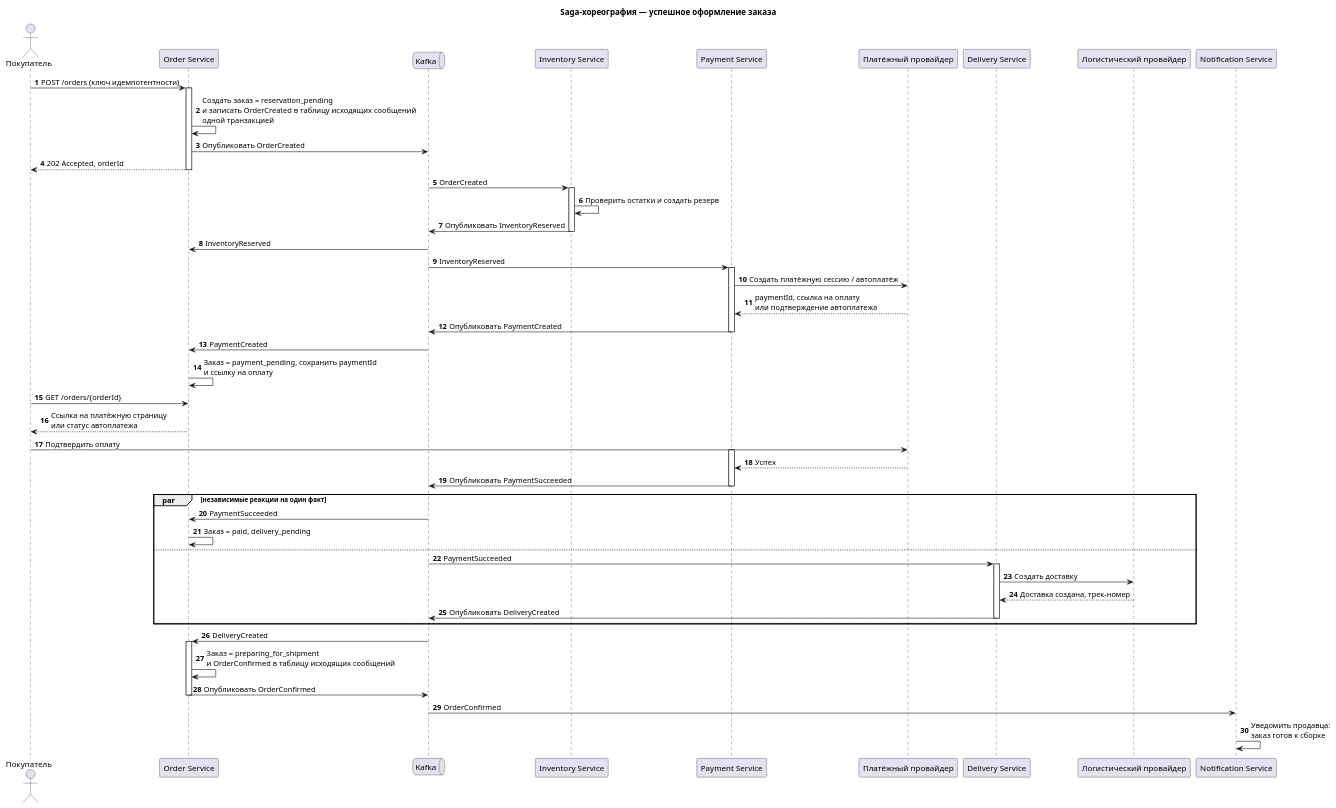
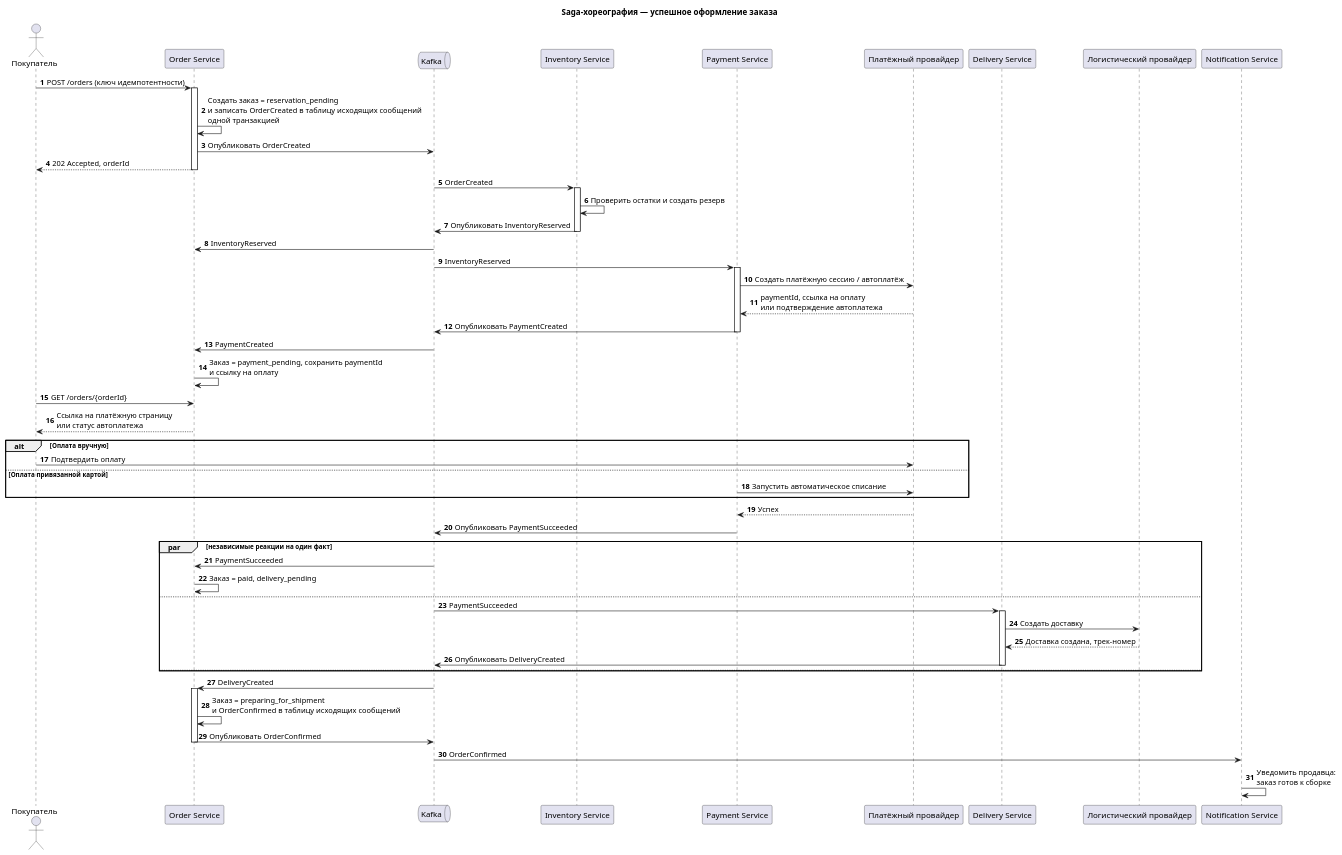
The diagram in Task1/saga-success.puml (FFinn/MSA-3-NovaMarket-v1), drawn with PlantUML before and after one commit.

Commit message:
Polish Task1/saga-success.puml: clarify flow and terminology

```diff
--- a/Task1/saga-success.puml
+++ b/Task1/saga-success.puml
@@ -1,61 +1,65 @@
 @startuml
 title Saga-хореография — успешное оформление заказа
 autonumber
 actor "Покупатель" as B
 participant "Order Service" as O
 queue Kafka as K
 participant "Inventory Service" as I
 participant "Payment Service" as P
 participant "Платёжный провайдер" as PP
 participant "Delivery Service" as D
 participant "Логистический провайдер" as LP
 participant "Notification Service" as N
 
 B -> O: POST /orders (ключ идемпотентности)
 activate O
 O -> O: Создать заказ = reservation_pending\nи записать OrderCreated в таблицу исходящих сообщений\nодной транзакцией
 O -> K: Опубликовать OrderCreated
 O --> B: 202 Accepted, orderId
 deactivate O
 K -> I: OrderCreated
 activate I
 I -> I: Проверить остатки и создать резерв
 I -> K: Опубликовать InventoryReserved
 deactivate I
 K -> O: InventoryReserved
 K -> P: InventoryReserved
 activate P
 P -> PP: Создать платёжную сессию / автоплатёж
 PP --> P: paymentId, ссылка на оплату\nили подтверждение автоплатежа
 P -> K: Опубликовать PaymentCreated
 deactivate P
 K -> O: PaymentCreated
 O -> O: Заказ = payment_pending, сохранить paymentId\nи ссылку на оплату
 B -> O: GET /orders/{orderId}
 O --> B: Ссылка на платёжную страницу\nили статус автоплатежа
-B -> PP: Подтвердить оплату
+alt Оплата вручную
+  B -> PP: Подтвердить оплату
+else Оплата привязанной картой
+  P -> PP: Запустить автоматическое списание
+end
 activate P
 PP --> P: Успех
 P -> K: Опубликовать PaymentSucceeded
 deactivate P
 
 par независимые реакции на один факт
   K -> O: PaymentSucceeded
   O -> O: Заказ = paid, delivery_pending
 else
   K -> D: PaymentSucceeded
   activate D
   D -> LP: Создать доставку
   LP --> D: Доставка создана, трек-номер
   D -> K: Опубликовать DeliveryCreated
   deactivate D
 else
 end
 K -> O: DeliveryCreated
 activate O
 O -> O: Заказ = preparing_for_shipment\nи OrderConfirmed в таблицу исходящих сообщений
 O -> K: Опубликовать OrderConfirmed
 deactivate O
 K -> N: OrderConfirmed
 N -> N: Уведомить продавца:\nзаказ готов к сборке
 @enduml
```
